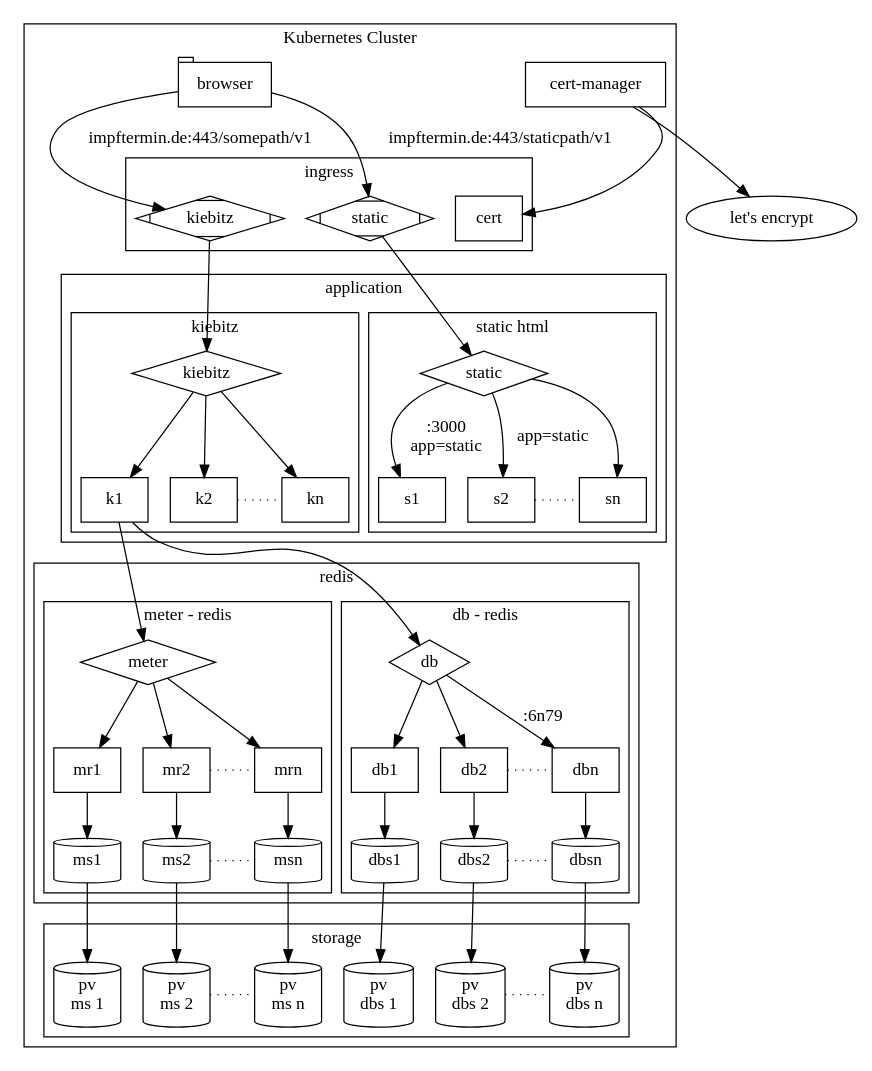
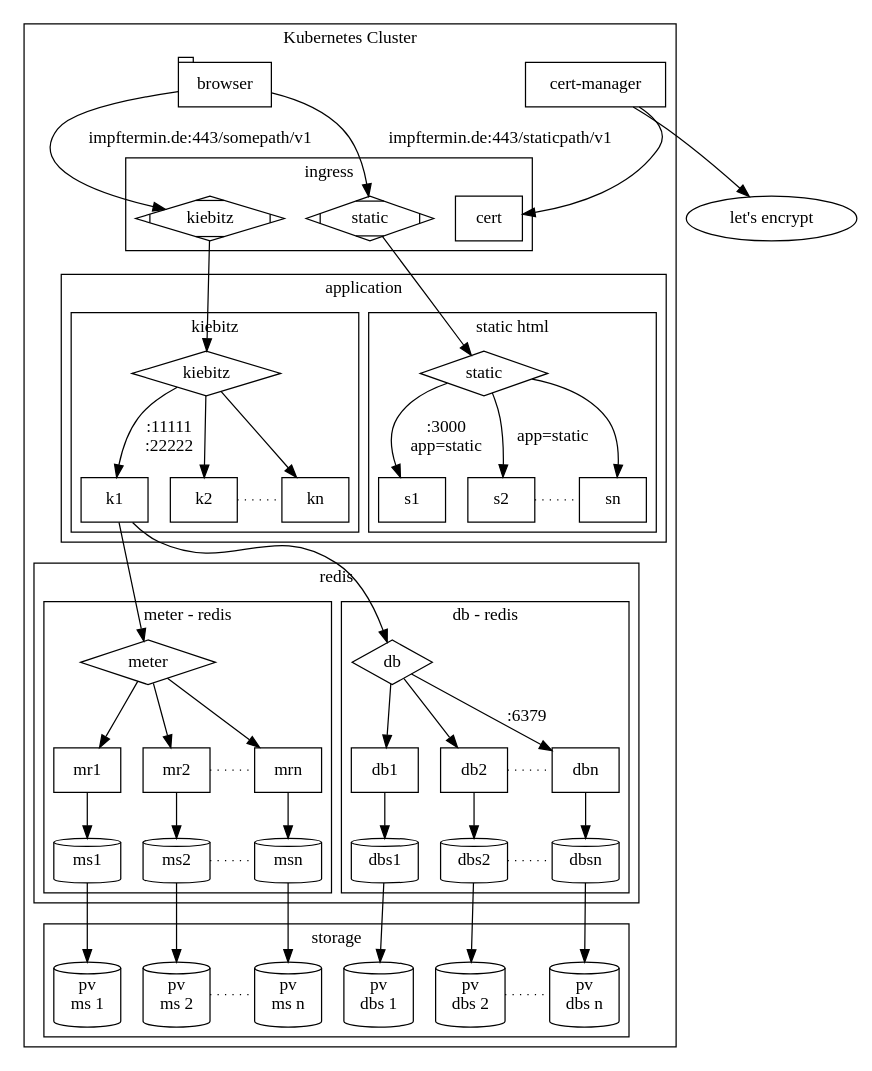
The diagram in charts/connections.dot (impfen/kubernetes), drawn with Graphviz before and after one commit. The commit also changed 1 other file, not shown here.

```diff
--- a/charts/connections.dot
+++ b/charts/connections.dot
@@ -1,142 +1,142 @@
 digraph kiebitz {
 
  "cert-manager" -> "let's encrypt" 
 
    subgraph cluster_kubernetes{
     label="Kubernetes Cluster"
 
 	subgraph cluster_redis {
 		
 		label = "redis";
 
         subgraph cluster_meter{
             label="meter - redis"
             node [shape=box]; 
 
 
             meter -> mr1
             meter -> mr2
             meter -> mrn
             
             meter [shape=diamond]
 
 
             mr1 -> ms1
             mr2 -> ms2
             mrn -> msn
 
     
             ms1[shape=cylinder]
             ms2[shape=cylinder]
             msn[shape=cylinder]
             
             mr2->mrn[constraint=false,style=dotted,arrowhead=none]
             ms2->msn[constraint=false,style=dotted,arrowhead=none]
 
 
         }
 
          subgraph cluster_db{
             node [shape=box]; 
             label="db - redis"
             shape="rect"
      
             db -> db1
             db -> db2
-            db -> dbn[label=":6n79"]
+            db -> dbn[label=":6379"]
             
             db [shape=diamond]
 
             db1 -> dbs1
             db2 -> dbs2
             dbn -> dbsn
 
           
             dbs1[shape=cylinder]
             dbs2[shape=cylinder]
             dbsn[shape=cylinder]
              
             db2->dbn[constraint=false,style=dotted,arrowhead=none]
             dbs2->dbsn[constraint=false,style=dotted,arrowhead=none]
 
         }
 	}
    
     subgraph cluster_application {
         label=application
         subgraph cluster_kiebitz {
             node [shape=box]; 
         
         
             k1 -> meter
             k1 -> db
             label = "kiebitz";
             kiebitz[shape=diamond]
-            kiebitz -> k1
+            kiebitz -> k1[label=":11111\n:22222"]
             kiebitz -> k2
             kiebitz -> kn
 
             k2->kn[constraint=false,style=dotted,arrowhead=none]
             
         }
 
         subgraph cluster_static {
             node [shape=box]; 
         
         
             label = "static html";
             static[shape=diamond]
             static->s1[label=":3000\napp=static"]
             static->s2[label="app=static"]
             static->sn
             s2->sn[constraint=false,style=dotted,arrowhead=none]
         }
     }
 
 	subgraph cluster_ingress{
        label=ingress
        node [shape=Mdiamond];
        ik->kiebitz
        is -> static
        ik[label="kiebitz"]
        is[label="static"]
        cert[shape="box"]
 
     }
 
     "cert-manager"->cert
     "cert-manager"[shape="box"]
  	node [shape=Mdiamond];
 
     subgraph cluster_storage{
         node [shape=cylinder];
 
 
       dbs1 -> pv_dbs1
       dbs2 -> pv_dbs2
       dbsn -> pv_dbsn
 
       ms1 -> pv_ms1
       ms2 -> pv_ms2
       msn -> pv_msn
       
       pv_ms1[label="pv\nms 1"]
       pv_ms2[label="pv\nms 2"]
       pv_msn[label="pv\nms n"]
 
       pv_dbs1[label="pv\ndbs 1"]
       pv_dbs2[label="pv\ndbs 2"]
       pv_dbsn[label="pv\ndbs n"]
 
       label = "storage"
 
      pv_dbs2->pv_dbsn[constraint=false,style=dotted,arrowhead=none]
      pv_ms2->pv_msn[constraint=false,style=dotted,arrowhead=none]
 
     }
    
     browser -> ik[label="impftermin.de:443/somepath/v1",labeljust=l]
     browser -> is[label="impftermin.de:443/staticpath/v1"]
     browser[shape=tab]
    }
 }
```
